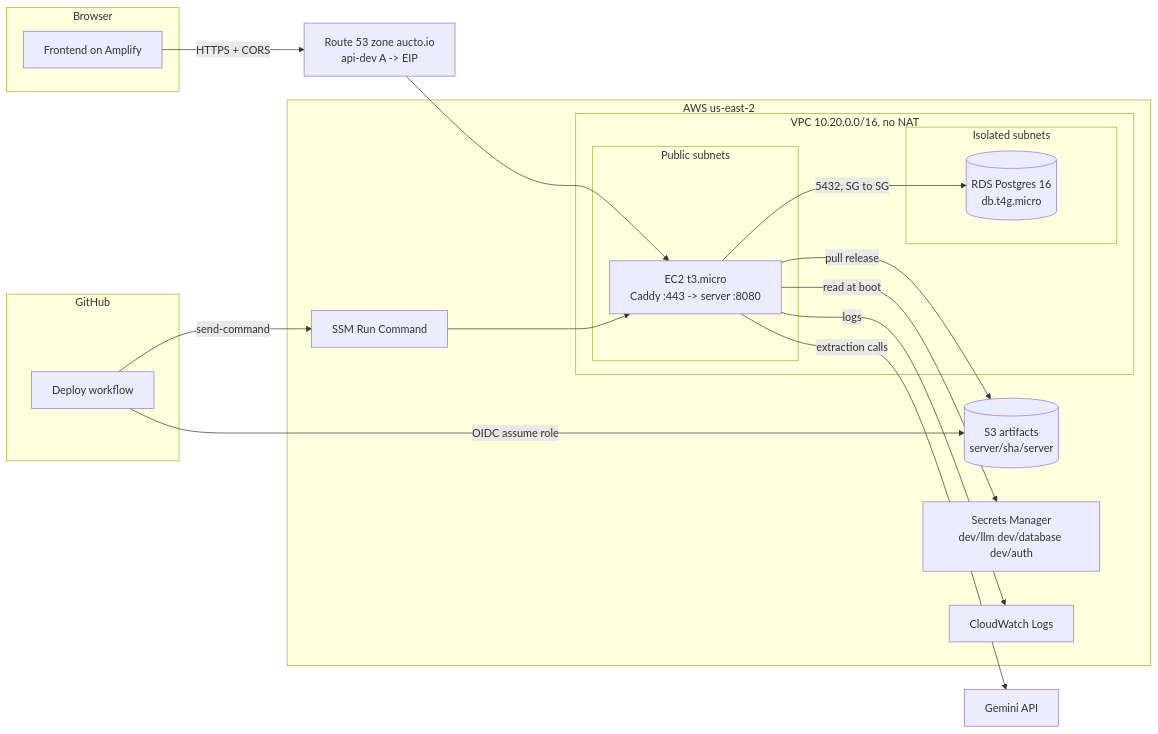
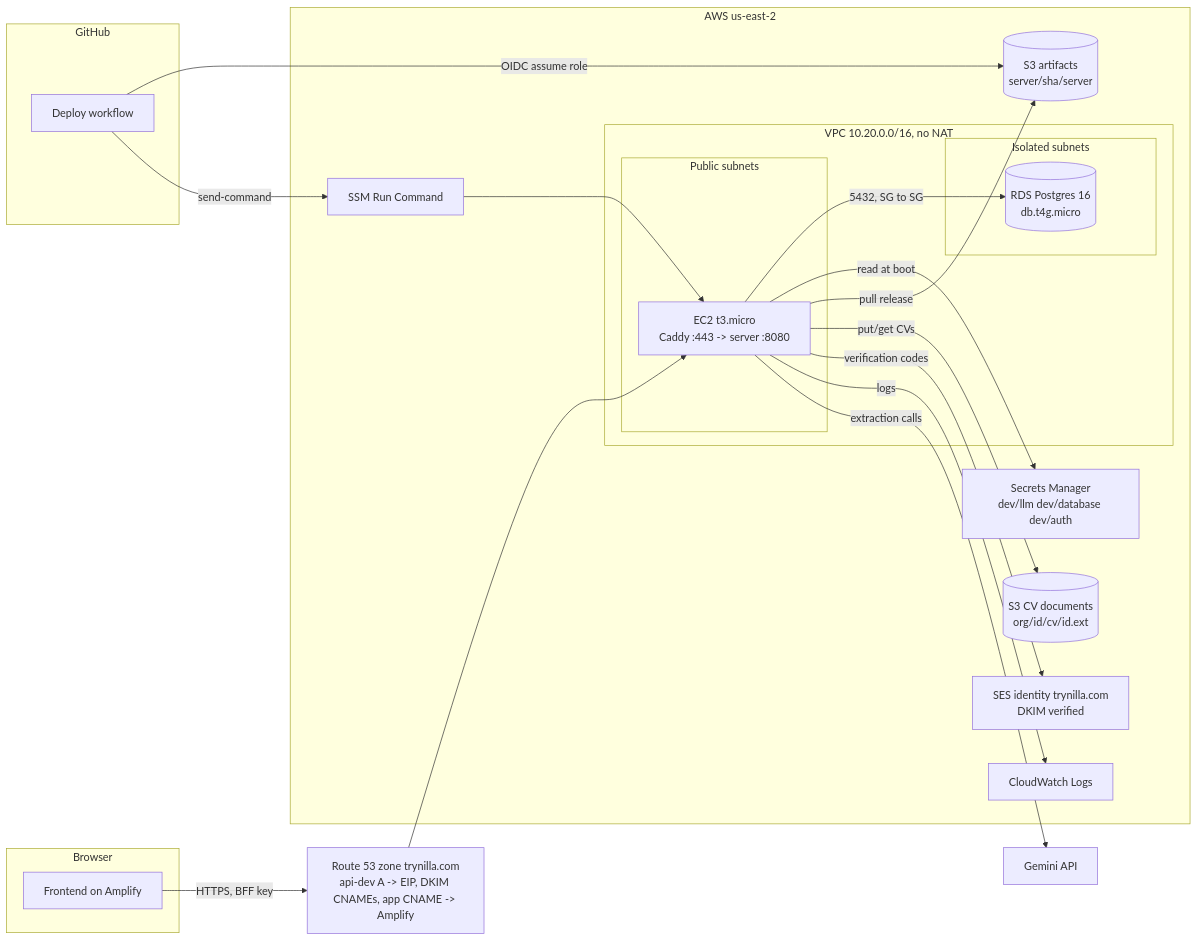
The diagram in docs/deployment-architecture.md (mattkhoo-wg/shipping-infra), drawn with Mermaid before and after one commit. The commit also changed other lines of this file and 15 other files, not shown here.

````diff
--- a/docs/deployment-architecture.md
+++ b/docs/deployment-architecture.md
@@ -30,34 +39,38 @@
 ```mermaid
 flowchart LR
   subgraph browser [Browser]
     FE[Frontend on Amplify]
   end
   subgraph gh [GitHub]
     WF[Deploy workflow]
   end
   subgraph aws [AWS us-east-2]
     subgraph vpc [VPC 10.20.0.0/16, no NAT]
       subgraph pub [Public subnets]
         EC2[EC2 t3.micro<br/>Caddy :443 -> server :8080]
       end
       subgraph iso [Isolated subnets]
         RDS[(RDS Postgres 16<br/>db.t4g.micro)]
       end
     end
     S3[(S3 artifacts<br/>server/sha/server)]
+    CV[(S3 CV documents<br/>org/id/cv/id.ext)]
+    SES[SES identity trynilla.com<br/>DKIM verified]
     SM[Secrets Manager<br/>dev/llm dev/database dev/auth]
     SSM[SSM Run Command]
     CW[CloudWatch Logs]
   end
-  DNS[Route 53 zone aucto.io<br/>api-dev A -> EIP]
+  DNS[Route 53 zone trynilla.com<br/>api-dev A -> EIP, DKIM CNAMEs, app CNAME -> Amplify]
   LLM[Gemini API]
 
-  FE -- HTTPS + CORS --> DNS --> EC2
+  FE -- HTTPS, BFF key --> DNS --> EC2
   EC2 -- 5432, SG to SG --> RDS
   EC2 -- read at boot --> SM
   EC2 -- pull release --> S3
+  EC2 -- put/get CVs --> CV
+  EC2 -- verification codes --> SES
   EC2 -- logs --> CW
   EC2 -- extraction calls --> LLM
   WF -- OIDC assume role --> S3
   WF -- send-command --> SSM --> EC2
 ```
````
